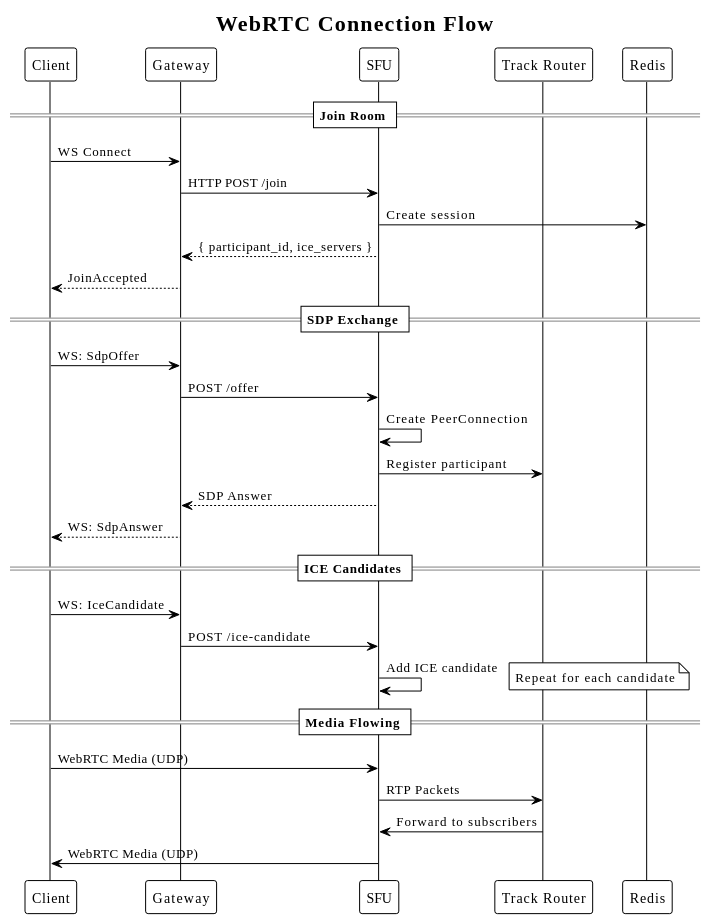
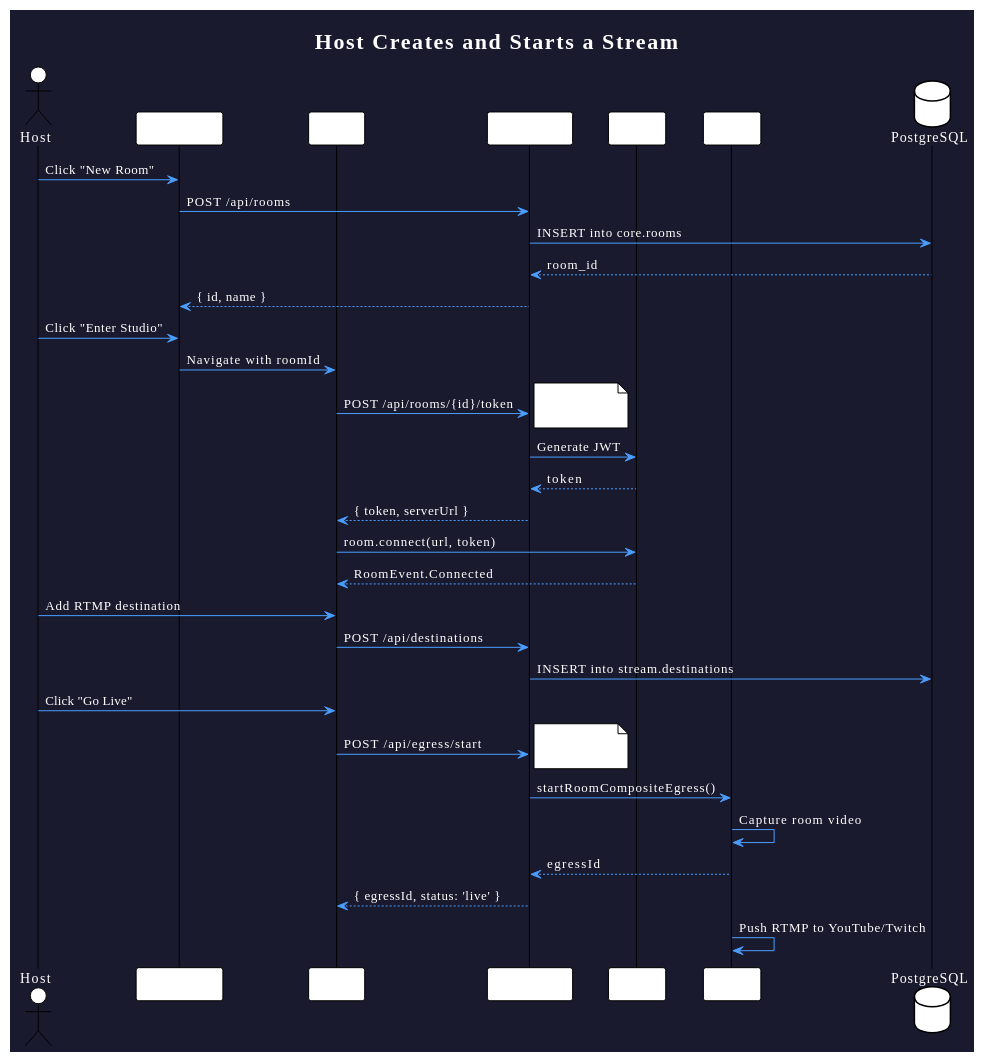
The fifth of 9 diagrams in docs/architecture/DIAGRAMS.md (stellalphatic/Executewithyou-video-server), drawn with PlantUML before and after one commit. The commit also changed other lines of this file and 103 other files, not shown here.

````diff
--- a/docs/architecture/DIAGRAMS.md
+++ b/docs/architecture/DIAGRAMS.md
@@ -140,41 +477,51 @@
 ```plantuml
-@startuml WebRTC_Signaling
+@startuml Host_Stream_Flow
 !theme plain
+skinparam backgroundColor #1a1a2e
+skinparam defaultFontColor #ffffff
+skinparam sequenceArrowColor #4a9eff
 
-title WebRTC Connection Flow
+title Host Creates and Starts a Stream
 
-participant "Client" as client
-participant "Gateway" as gateway
-participant "SFU" as sfu
-participant "Track Router" as router
-participant "Redis" as redis
+actor Host
+participant "Dashboard" as dash
+participant "Studio" as studio
+participant "API Routes" as api
+participant "LiveKit" as lk
+participant "Egress" as egress
+database "PostgreSQL" as db
 
-== Join Room ==
-client -> gateway: WS Connect
-gateway -> sfu: HTTP POST /join
-sfu -> redis: Create session
-sfu --> gateway: { participant_id, ice_servers }
-gateway --> client: JoinAccepted
+Host -> dash : Click "New Room"
+dash -> api : POST /api/rooms
+api -> db : INSERT into core.rooms
+db --> api : room_id
+api --> dash : { id, name }
 
-== SDP Exchange ==
-client -> gateway: WS: SdpOffer
-gateway -> sfu: POST /offer
-sfu -> sfu: Create PeerConnection
-sfu -> router: Register participant
-sfu --> gateway: SDP Answer
-gateway --> client: WS: SdpAnswer
+Host -> dash : Click "Enter Studio"
+dash -> studio : Navigate with roomId
 
-== ICE Candidates ==
-client -> gateway: WS: IceCandidate
-gateway -> sfu: POST /ice-candidate
-sfu -> sfu: Add ICE candidate
-note right: Repeat for each candidate
+studio -> api : POST /api/rooms/{id}/token
+note right: Rate limited\n30 req/min
+api -> lk : Generate JWT
+lk --> api : token
+api --> studio : { token, serverUrl }
 
-== Media Flowing ==
-client -> sfu: WebRTC Media (UDP)
-sfu -> router: RTP Packets
-router -> sfu: Forward to subscribers
-sfu -> client: WebRTC Media (UDP)
+studio -> lk : room.connect(url, token)
+lk --> studio : RoomEvent.Connected
+
+Host -> studio : Add RTMP destination
+studio -> api : POST /api/destinations
+api -> db : INSERT into stream.destinations
+
+Host -> studio : Click "Go Live"
+studio -> api : POST /api/egress/start
+note right: Rate limited\n10 req/min
+api -> egress : startRoomCompositeEgress()
+egress -> egress : Capture room video
+egress --> api : egressId
+api --> studio : { egressId, status: 'live' }
+
+egress -> egress : Push RTMP to YouTube/Twitch
 
 @enduml
 ```
````
